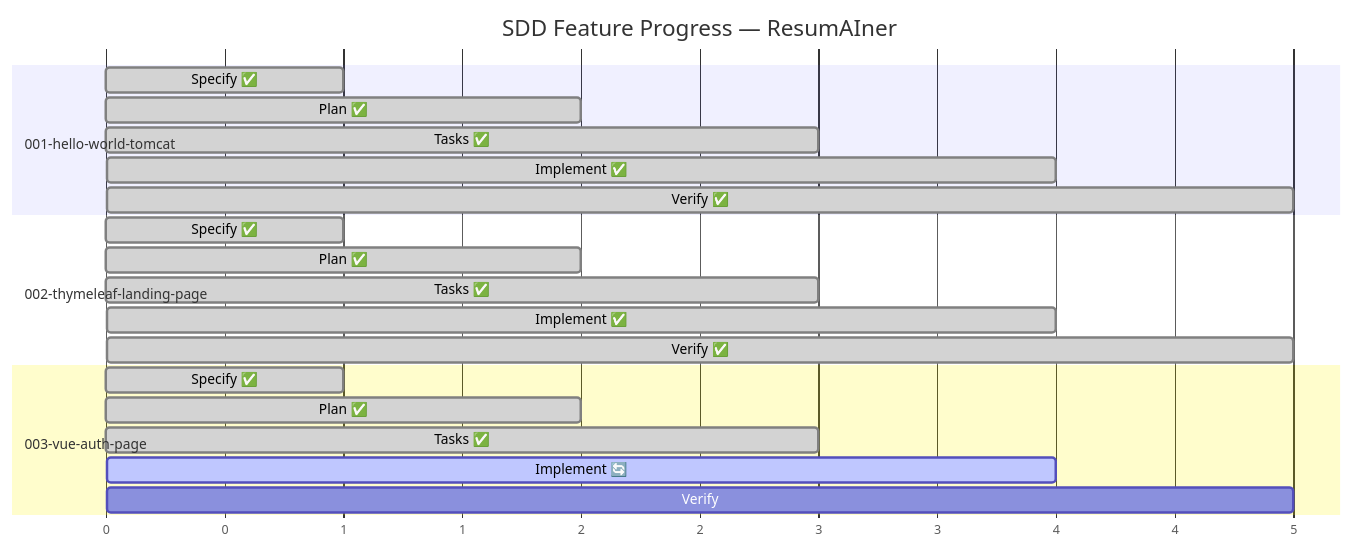
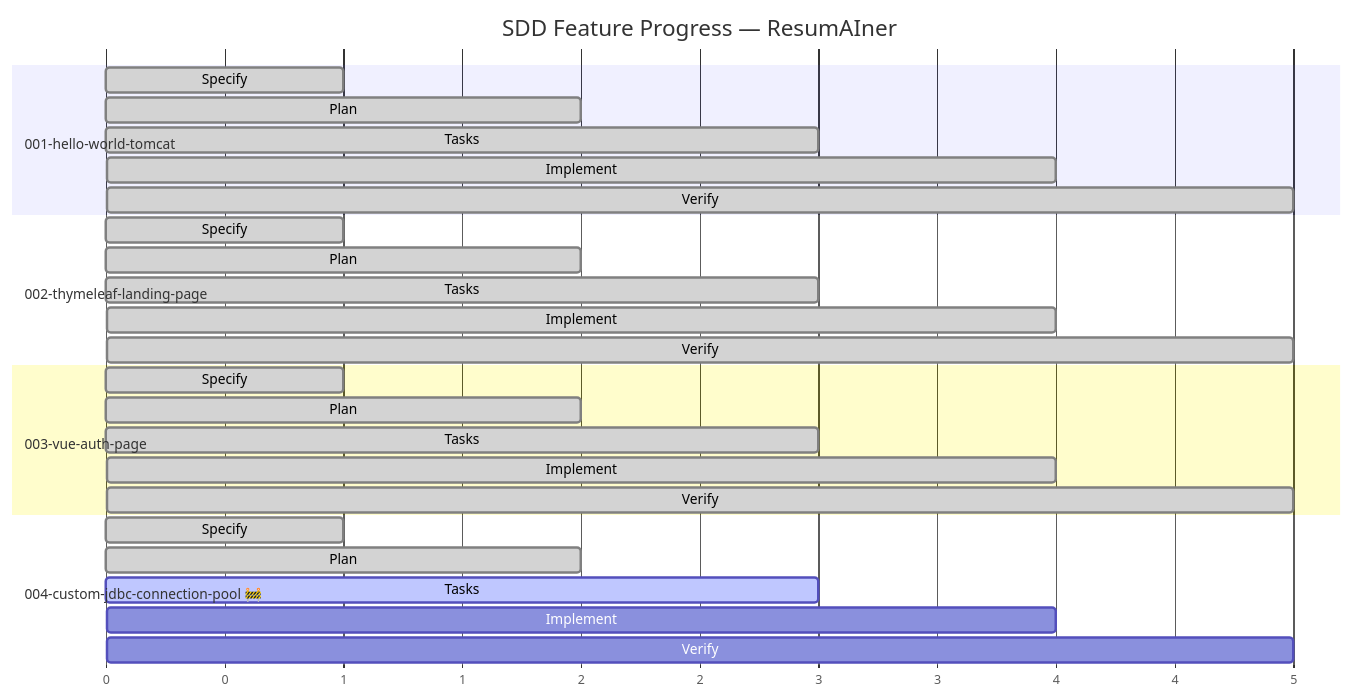
Before and after one commit to Anton-Ch/resumainer-java-vue-web-app: the first of 2 diagrams in specs/status-dashboard.md, drawn with Mermaid. The commit also changed other lines of this file and 2 other files, not shown here.

First line of the commit message:
docs(004-jdbc-pool): add task breakdown, security audit, and update dashboard

````diff
--- a/specs/status-dashboard.md
+++ b/specs/status-dashboard.md
@@ -7,27 +5,34 @@
 ```mermaid
 gantt
     title SDD Feature Progress — ResumAIner
     dateFormat X
     axisFormat %s
 
     section 001-hello-world-tomcat
-    Specify ✅     :done, f1s, 0, 1
-    Plan ✅        :done, f1p, 1, 2
-    Tasks ✅       :done, f1t, 2, 3
-    Implement ✅   :done, f1i, 3, 4
-    Verify ✅      :done, f1v, 4, 5
+    Specify     :done, s1, 0, 1
+    Plan        :done, p1, 1, 2
+    Tasks       :done, t1, 2, 3
+    Implement   :done, i1, 3, 4
+    Verify      :done, v1, 4, 5
 
     section 002-thymeleaf-landing-page
-    Specify ✅     :done, f2s, 0, 1
-    Plan ✅        :done, f2p, 1, 2
-    Tasks ✅       :done, f2t, 2, 3
-    Implement ✅   :done, f2i, 3, 4
-    Verify ✅      :done, f2v, 4, 5
+    Specify     :done, s2, 0, 1
+    Plan        :done, p2, 1, 2
+    Tasks       :done, t2, 2, 3
+    Implement   :done, i2, 3, 4
+    Verify      :done, v2, 4, 5
 
     section 003-vue-auth-page
-    Specify ✅     :done, f3s, 0, 1
-    Plan ✅        :done, f3p, 1, 2
-    Tasks ✅       :done, f3t, 2, 3
-    Implement 🔄  :active, f3i, 3, 4
-    Verify        :f3v, 4, 5
+    Specify     :done, s3, 0, 1
+    Plan        :done, p3, 1, 2
+    Tasks       :done, t3, 2, 3
+    Implement   :done, i3, 3, 4
+    Verify      :done, v3, 4, 5
+
+    section 004-custom-jdbc-connection-pool 🚧
+    Specify     :done, s4, 0, 1
+    Plan        :done, p4, 1, 2
+    Tasks       :active, t4, 2, 3
+    Implement   :i4, 3, 4
+    Verify      :v4, 4, 5
 ```
````
